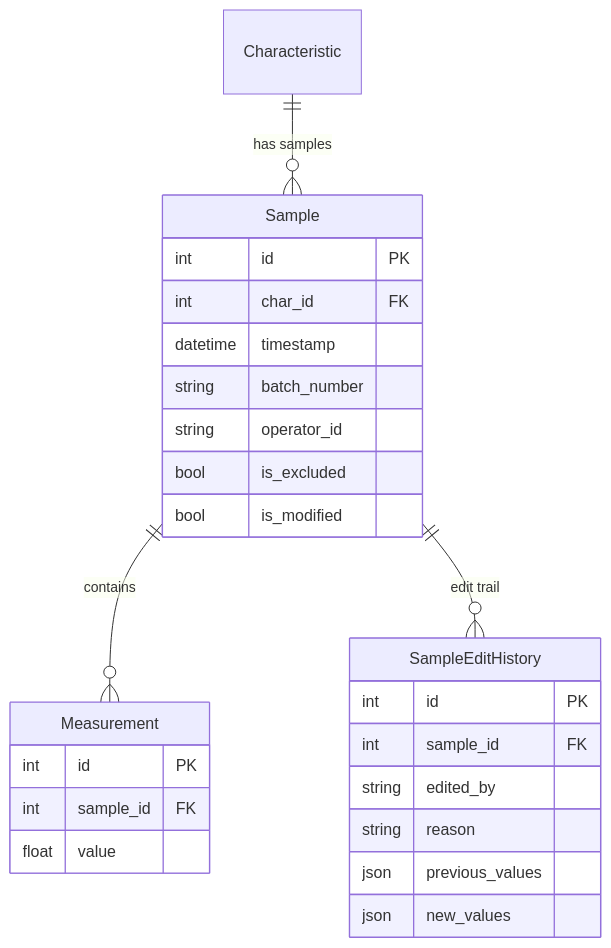
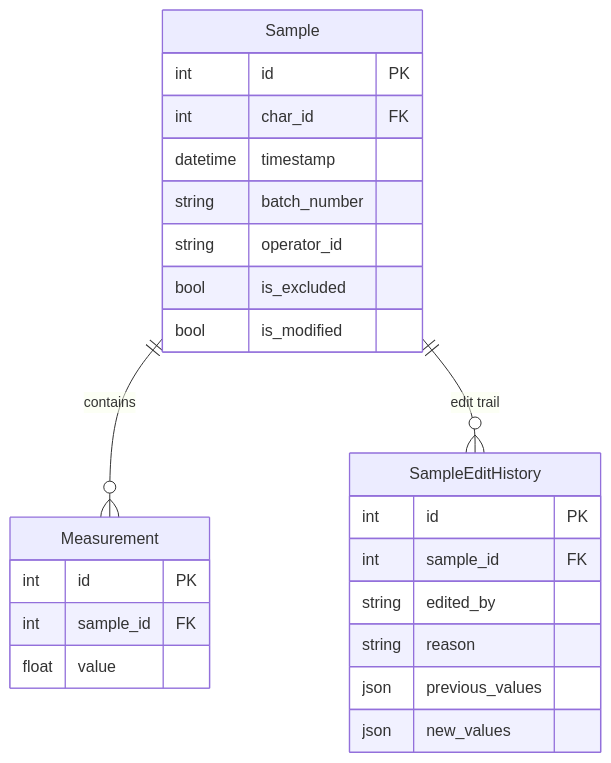
Before and after one commit to saturnis-io/cassini: the second of 2 diagrams in .knowledge/features/data-entry.md, drawn with Mermaid. The commit also changed other lines of this file and 16 other files, not shown here.

First line of the commit message:
knowledge-graph: regenerate

````diff
--- a/.knowledge/features/data-entry.md
+++ b/.knowledge/features/data-entry.md
@@ -28,28 +30,27 @@
 ```mermaid
 erDiagram
-    Characteristic ||--o{ Sample : "has samples"
-    Sample ||--o{ Measurement : "contains"
-    Sample ||--o{ SampleEditHistory : "edit trail"
     Sample {
         int id PK
         int char_id FK
         datetime timestamp
         string batch_number
         string operator_id
         bool is_excluded
         bool is_modified
     }
+    Sample ||--o{ Measurement : contains
+    Sample ||--o{ SampleEditHistory : "edit trail"
     Measurement {
         int id PK
         int sample_id FK
         float value
     }
     SampleEditHistory {
         int id PK
         int sample_id FK
         string edited_by
         string reason
         json previous_values
         json new_values
     }
 ```
````
